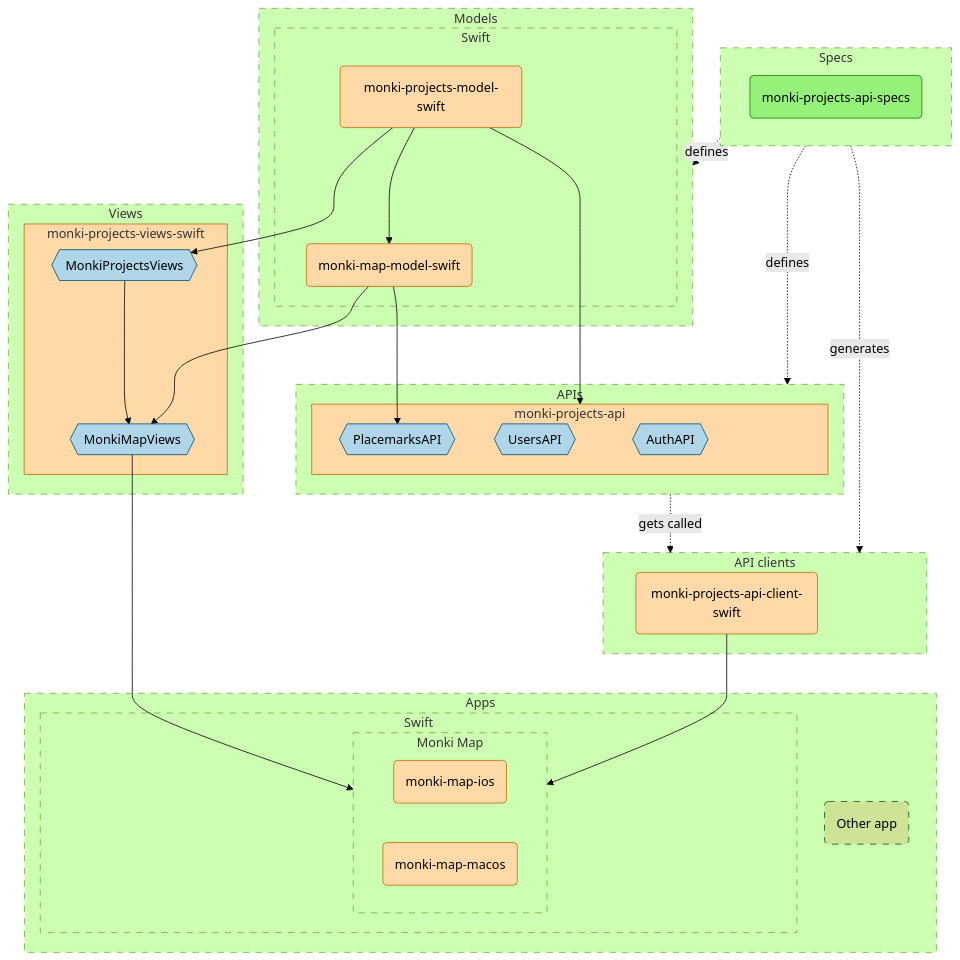
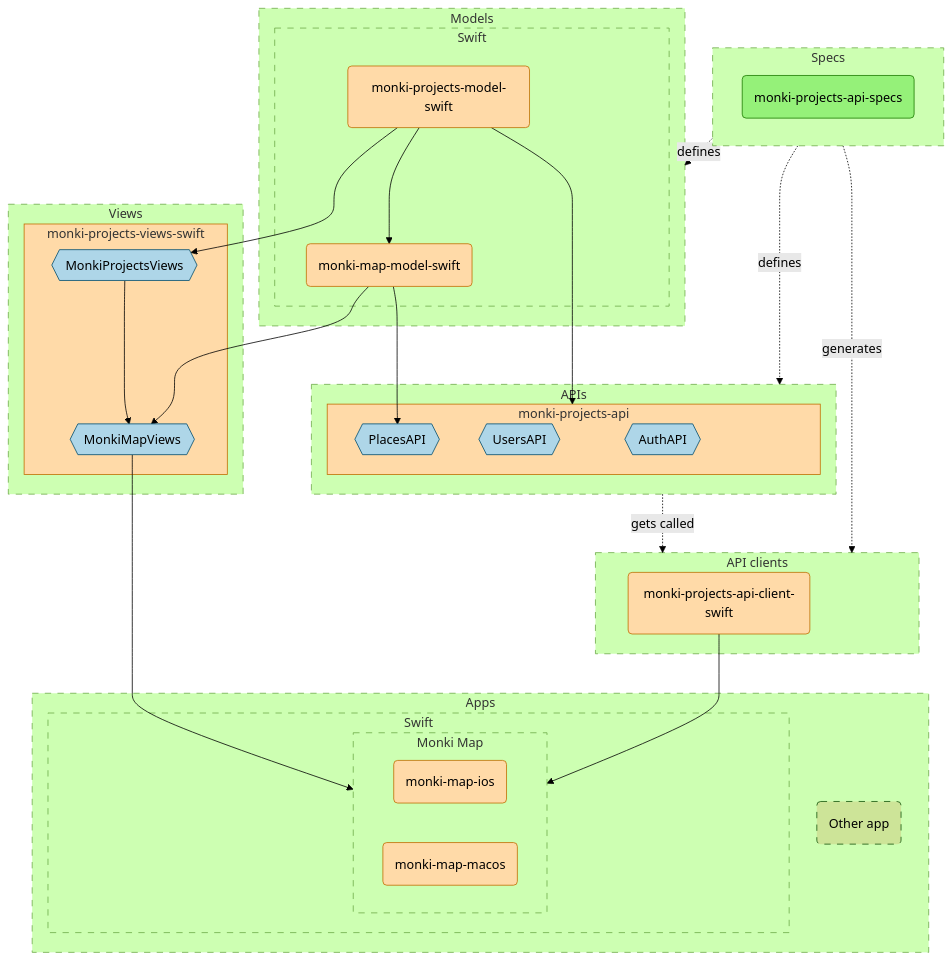
The diagram in diagrams/dependency-graph.mmd (MonkiProjects/monki-projects-api-specs), drawn with Mermaid (forest theme) before and after one commit. The commit also changed 9 other files, not shown here.

Commit message:
Rename "Placemarks" in "Places"

```diff
--- a/diagrams/dependency-graph.mmd
+++ b/diagrams/dependency-graph.mmd
@@ -1,60 +1,60 @@
 flowchart TB
     subgraph specs [Specs]
         full_spec(monki-projects-api-specs)
     end
     subgraph models [Models]
         subgraph models_swift [Swift]
             mm_model(monki-map-model-swift)
             mp_model(monki-projects-model-swift)
         end
     end
     subgraph apis [APIs]
         subgraph mp_api [monki-projects-api]
             auth_api{{AuthAPI}}
             users_api{{UsersAPI}}
-            placemarks_api{{PlacemarksAPI}}
+            places_api{{PlacesAPI}}
         end
     end
     subgraph clients [API clients]
         client_swift(monki-projects-api-client-swift)
     end
     subgraph views [Views]
         subgraph views_swift [monki-projects-views-swift]
             mp_views{{MonkiProjectsViews}}
             mm_views{{MonkiMapViews}}
         end
     end
     subgraph apps [Apps]
         subgraph apps_swift [Swift]
             subgraph mm_swift [Monki Map]
                 mm_ios(monki-map-ios)
                 mm_macos(monki-map-macos)
             end
         end
         other_app(Other app)
     end
 
     specs -. defines .-> apis & models
     specs -. generates .-> clients
 
     mp_model --> mp_views
     mm_model & mp_views --> mm_views
 
     mp_model --> mm_model & mp_api
-    mm_model --> placemarks_api
+    mm_model --> places_api
 
     mm_views & client_swift --> mm_swift
 
     apis -. gets called .-> clients
 
     classDef package fill:#FFDAA8,stroke:#C06E00
     class mp_model,mm_model,mp_api,client_swift,views_swift,mm_ios,mm_macos package
 
     classDef target fill:#AED6E8,stroke:#024D6D
-    class auth_api,users_api,placemarks_api,mp_views,mm_views target
+    class auth_api,users_api,places_api,mp_views,mm_views target
 
     classDef misc fill:#95F179,stroke:#1D7A00
     class full_spec misc
 
     classDef dashed stroke-dasharray: 8 8
     class specs,models,models_swift,apis,views,clients,apps,apps_swift,mm_swift,other_app dashed
```
